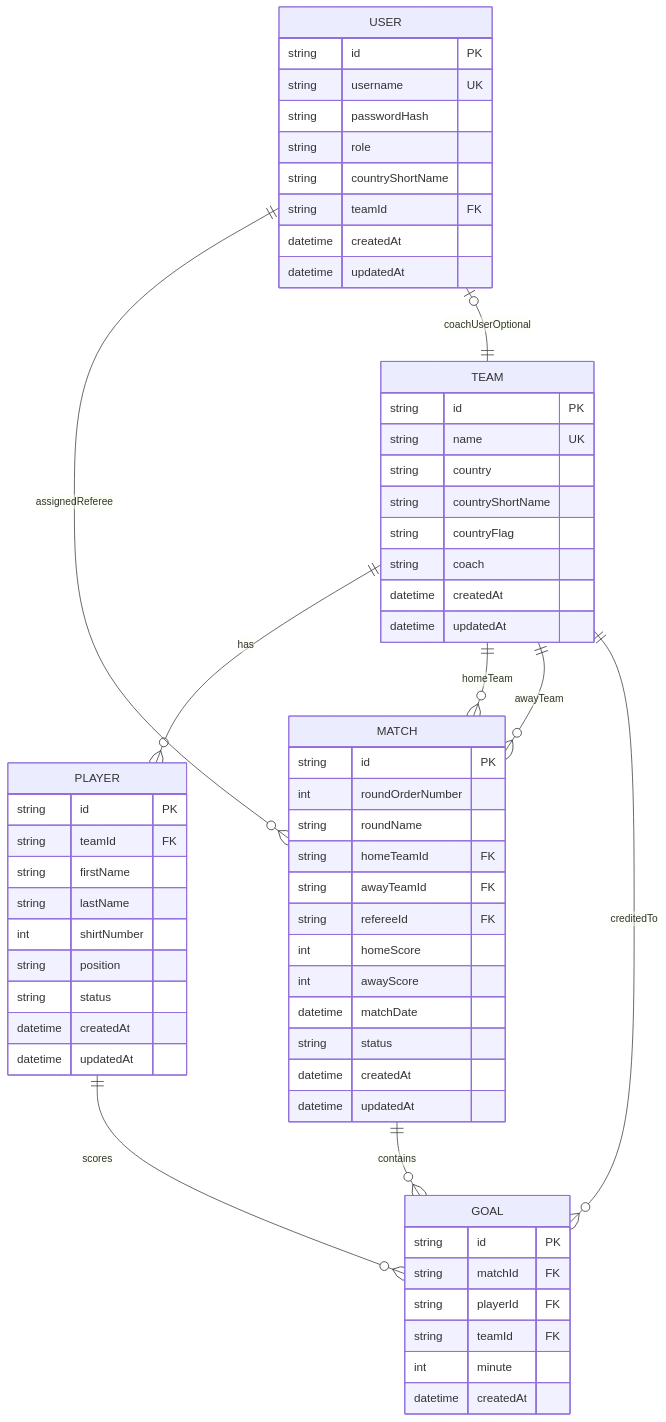
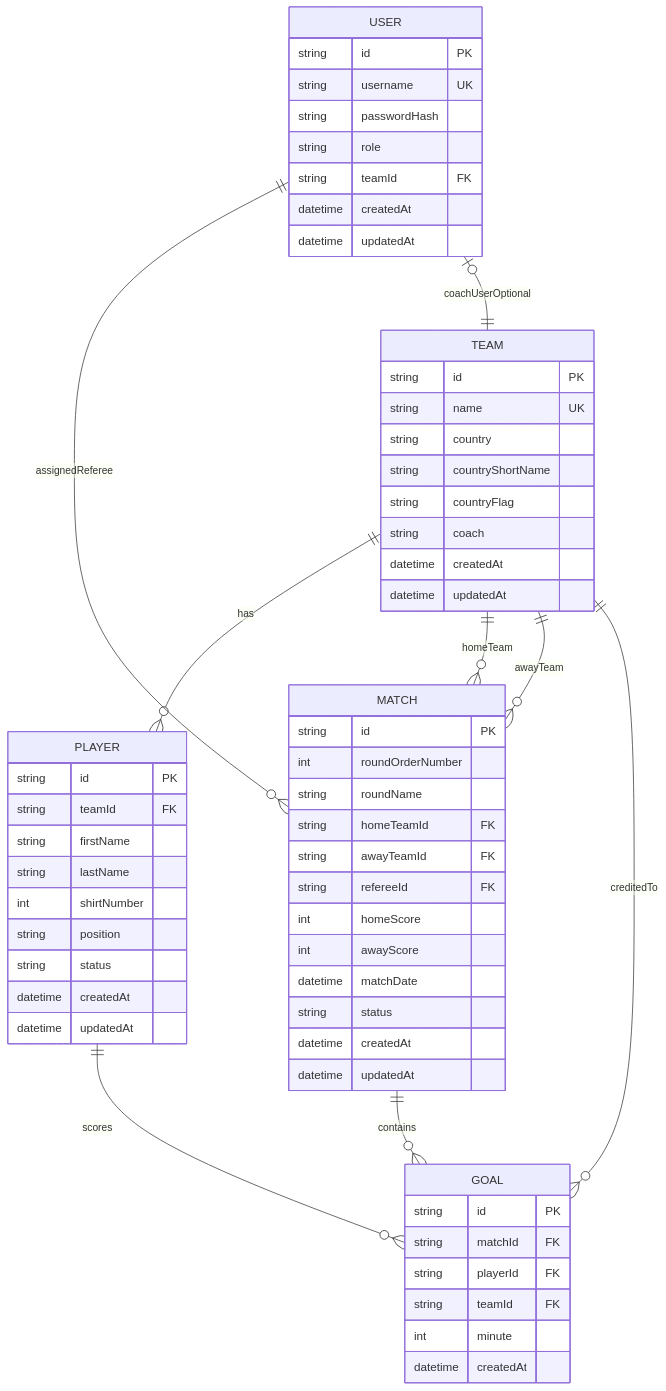
Before and after one commit to sanderkerkhofs/worldcup-manager-2026: the diagram in documenation/02-data-model-erd.md, drawn with Mermaid. The commit also changed 26 other files, not shown here.

````diff
--- a/documenation/02-data-model-erd.md
+++ b/documenation/02-data-model-erd.md
@@ -19,69 +19,68 @@
 ```mermaid
 erDiagram
     USER {
         string id PK
         string username UK
         string passwordHash
         string role
-        string countryShortName
         string teamId FK
         datetime createdAt
         datetime updatedAt
     }
 
     TEAM {
         string id PK
         string name UK
         string country
         string countryShortName
         string countryFlag
         string coach
         datetime createdAt
         datetime updatedAt
     }
 
     PLAYER {
         string id PK
         string teamId FK
         string firstName
         string lastName
         int shirtNumber
         string position
         string status
         datetime createdAt
         datetime updatedAt
     }
 
     MATCH {
         string id PK
         int roundOrderNumber
         string roundName
         string homeTeamId FK
         string awayTeamId FK
         string refereeId FK
         int homeScore
         int awayScore
         datetime matchDate
         string status
         datetime createdAt
         datetime updatedAt
     }
 
     GOAL {
         string id PK
         string matchId FK
         string playerId FK
         string teamId FK
         int minute
         datetime createdAt
     }
 
     TEAM ||--o{ PLAYER : has
     TEAM ||--o{ MATCH : homeTeam
     TEAM ||--o{ MATCH : awayTeam
     USER ||--o{ MATCH : assignedReferee
     USER o|--|| TEAM : coachUserOptional
     MATCH ||--o{ GOAL : contains
     PLAYER ||--o{ GOAL : scores
     TEAM ||--o{ GOAL : creditedTo
 ```
````
